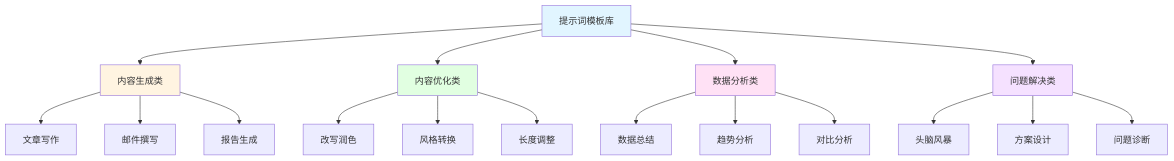
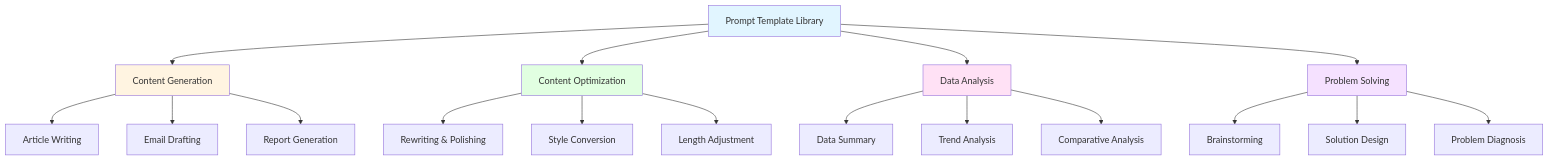
One commit to tianhongTina/ai-literacy-bootcamp changed the second of 3 diagrams in docs/lessons/lesson-1.md. Above: the diagram before and after it, drawn with Mermaid. The commit also changed other lines of this file and 18 other files, not shown here.

````diff
--- a/docs/lessons/lesson-1.md
+++ b/docs/lessons/lesson-1.md
@@ -76,29 +76,29 @@
 ```mermaid
 graph TB
-    A[提示词模板库] --> B[内容生成类]
-    A --> C[内容优化类]
-    A --> D[数据分析类]
-    A --> E[问题解决类]
+    A[Prompt Template Library] --> B[Content Generation]
+    A --> C[Content Optimization]
+    A --> D[Data Analysis]
+    A --> E[Problem Solving]
     
-    B --> B1[文章写作]
-    B --> B2[邮件撰写]
-    B --> B3[报告生成]
+    B --> B1[Article Writing]
+    B --> B2[Email Drafting]
+    B --> B3[Report Generation]
     
-    C --> C1[改写润色]
-    C --> C2[风格转换]
-    C --> C3[长度调整]
+    C --> C1[Rewriting & Polishing]
+    C --> C2[Style Conversion]
+    C --> C3[Length Adjustment]
     
-    D --> D1[数据总结]
-    D --> D2[趋势分析]
-    D --> D3[对比分析]
+    D --> D1[Data Summary]
+    D --> D2[Trend Analysis]
+    D --> D3[Comparative Analysis]
     
-    E --> E1[头脑风暴]
-    E --> E2[方案设计]
-    E --> E3[问题诊断]
+    E --> E1[Brainstorming]
+    E --> E2[Solution Design]
+    E --> E3[Problem Diagnosis]
     
     style A fill:#e1f5ff
     style B fill:#fff4e1
     style C fill:#e1ffe1
     style D fill:#ffe1f5
     style E fill:#f5e1ff
 ```
````
